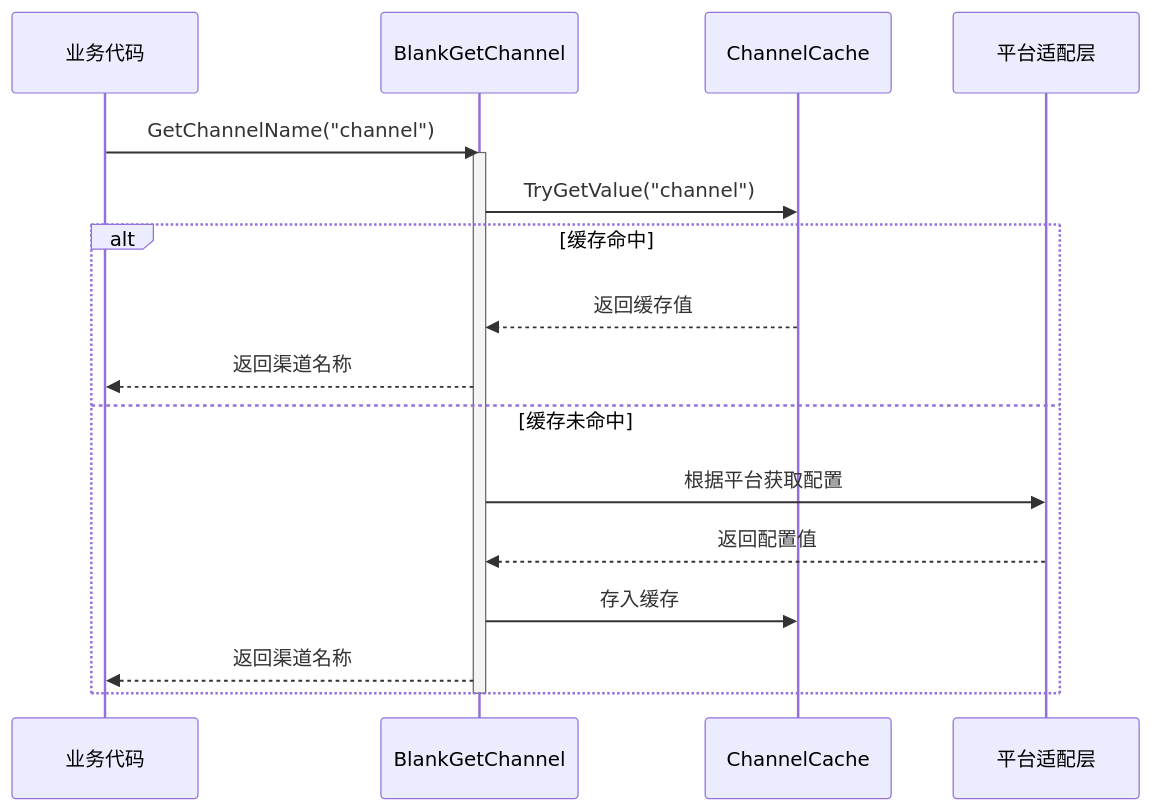
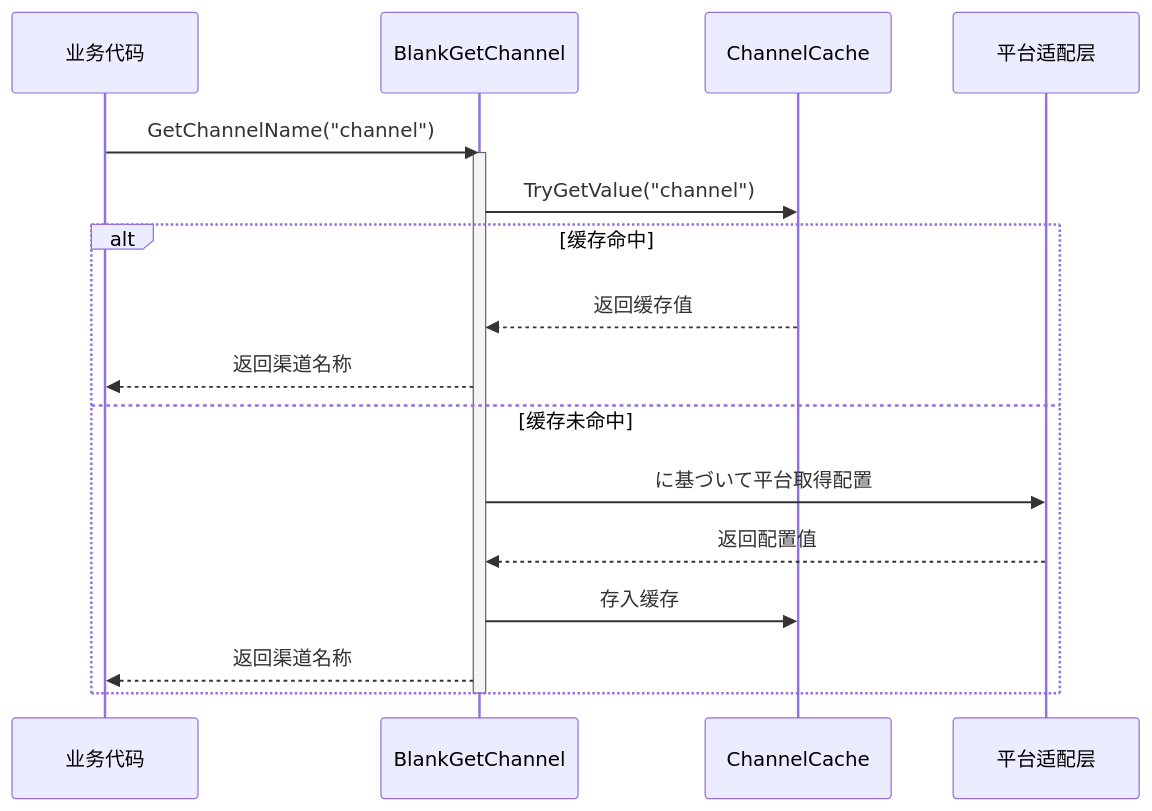
Before and after one commit to AlianBlank/GameFrameX.Docs: the third of 3 diagrams in docs/ja/client/unity/component/getchannel/01.overview.md, drawn with Mermaid. The commit also changed other lines of this file and 603 other files, not shown here.

````diff
--- a/docs/ja/client/unity/component/getchannel/01.overview.md
+++ b/docs/ja/client/unity/component/getchannel/01.overview.md
@@ -108,24 +108,24 @@
 ```mermaid
 sequenceDiagram
     participant Client as 业务代码
     participant API as BlankGetChannel
     participant Cache as ChannelCache
     participant Platform as 平台适配层
 
     Client->>API: GetChannelName("channel")
     activate API
     
     API->>Cache: TryGetValue("channel")
     
     alt 缓存命中
         Cache-->>API: 返回缓存值
         API-->>Client: 返回渠道名称
     else 缓存未命中
-        API->>Platform: 根据平台获取配置
+        API->>Platform: に基づいて平台取得配置
         Platform-->>API: 返回配置值
         API->>Cache: 存入缓存
         API-->>Client: 返回渠道名称
     end
     
     deactivate API
 ```
````
